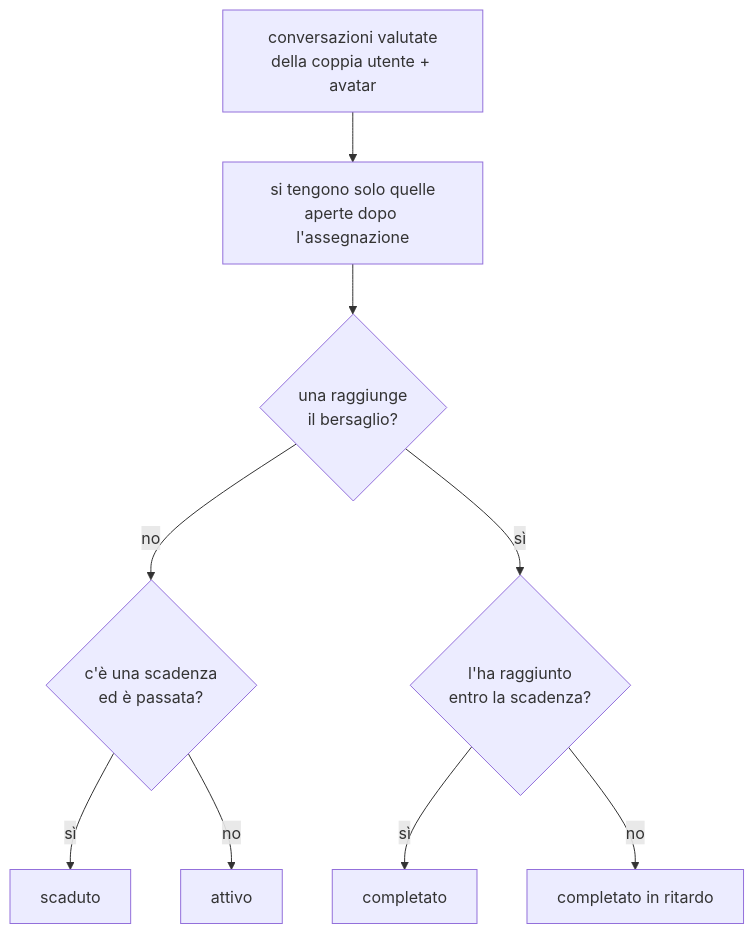
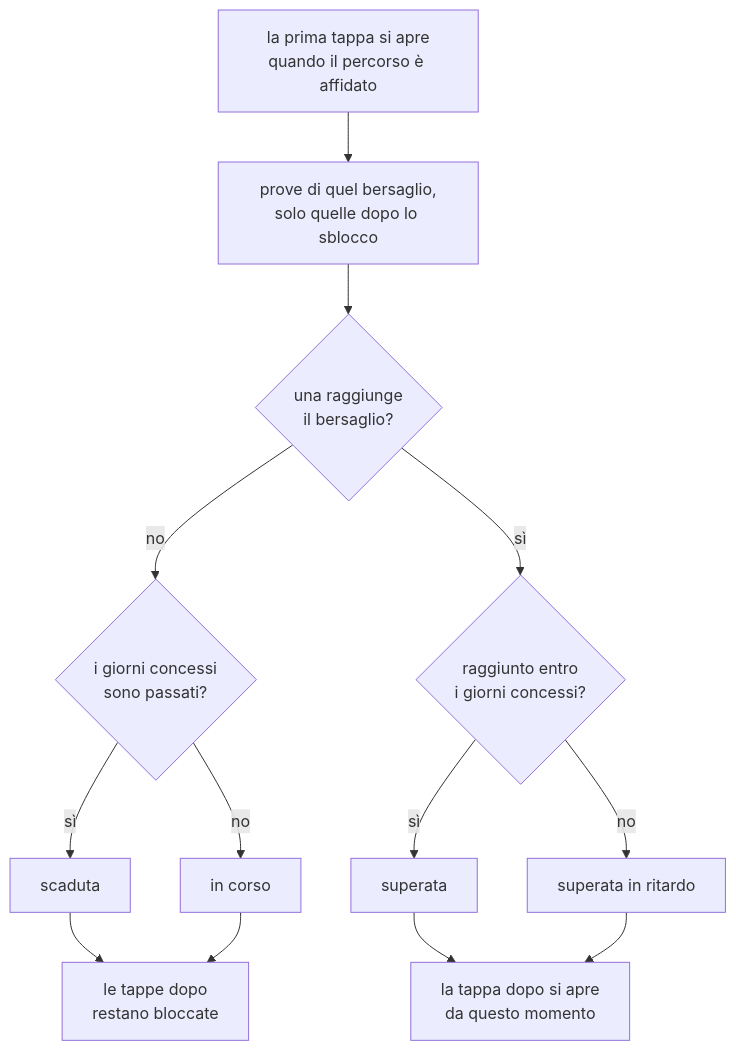
One commit to DavideZanellato99/SkillLab changed the diagram in docs/training-e-report.md. Above: the diagram before and after it, drawn with Mermaid. The commit also changed other lines of this file and 72 other files, not shown here.

````diff
--- a/docs/training-e-report.md
+++ b/docs/training-e-report.md
@@ -35,11 +84,15 @@
 ```mermaid
 flowchart TD
-    A[conversazioni valutate<br/>della coppia utente + avatar] --> B[si tengono solo quelle<br/>aperte dopo l'assegnazione]
+    A[la prima tappa si apre<br/>quando il percorso è affidato] --> B[prove di quel bersaglio,<br/>solo quelle dopo lo sblocco]
     B --> C{una raggiunge<br/>il bersaglio?}
-    C -->|no| D{c'è una scadenza<br/>ed è passata?}
-    C -->|sì| E{l'ha raggiunto<br/>entro la scadenza?}
-    E -->|sì| F[completato]
-    E -->|no| G[completato in ritardo]
-    D -->|sì| H[scaduto]
-    D -->|no| I[attivo]
+    C -->|no| D{i giorni concessi<br/>sono passati?}
+    C -->|sì| E{raggiunto entro<br/>i giorni concessi?}
+    E -->|sì| F[superata]
+    E -->|no| G[superata in ritardo]
+    D -->|sì| H[scaduta]
+    D -->|no| I[in corso]
+    F --> J[la tappa dopo si apre<br/>da questo momento]
+    G --> J
+    H --> K[le tappe dopo<br/>restano bloccate]
+    I --> K
 ```
````
